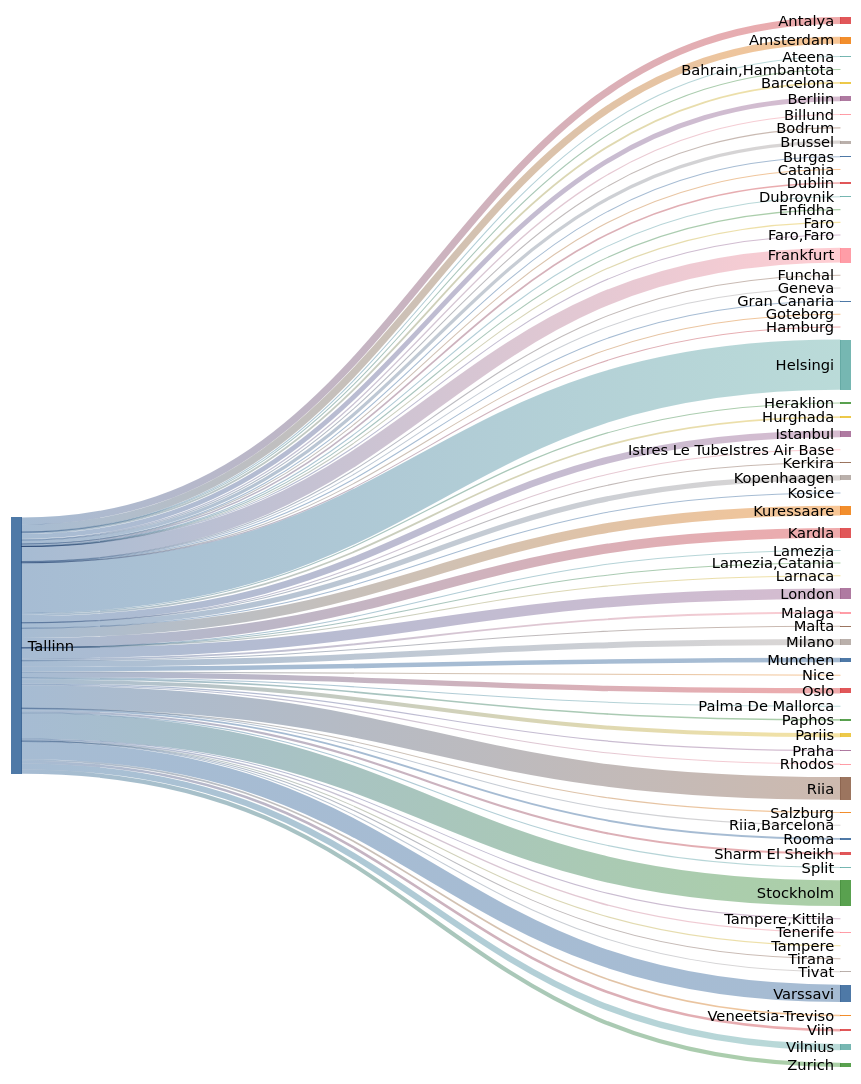
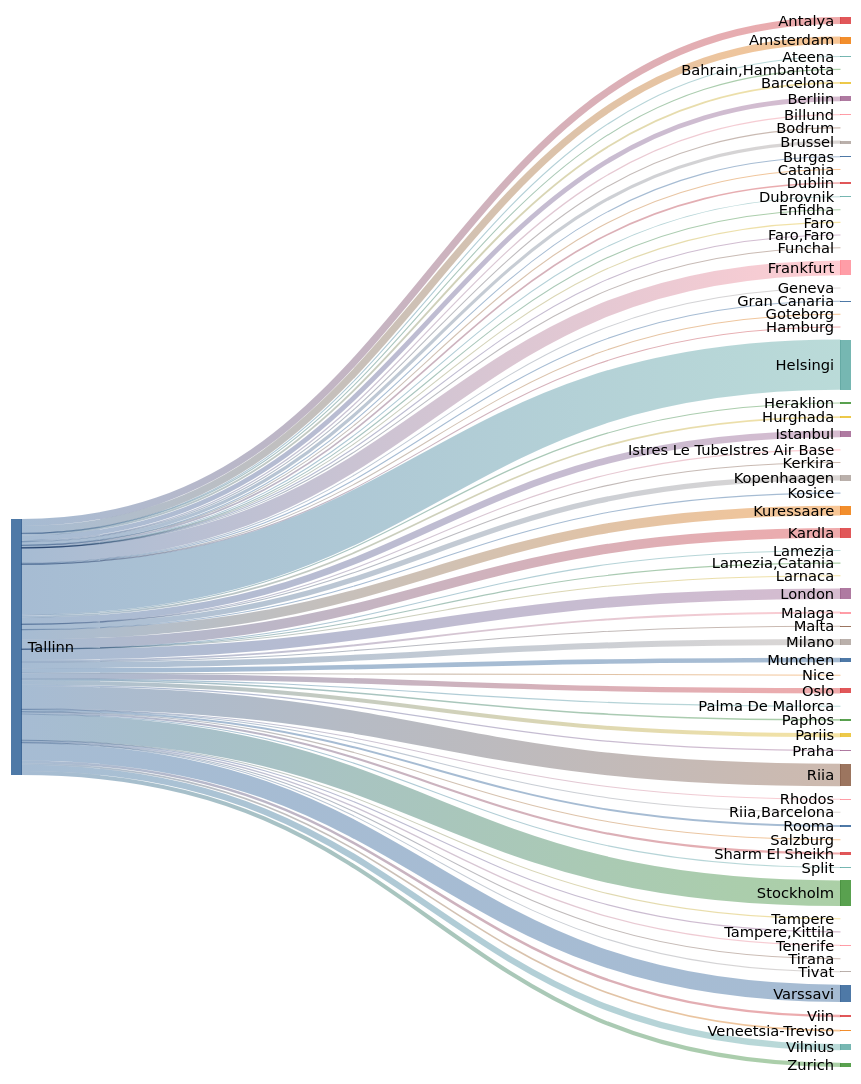
Before and after one commit to rainermesi/tll-airport-departures: the second of 2 diagrams in README.md, drawn with Mermaid (forest theme). The commit also changed other lines of this file, not shown here.

````diff
--- a/README.md
+++ b/README.md
@@ -34,77 +34,77 @@
 ```mermaid
 ---
 config:
   sankey:
     showValues: false
     width: 800
     height: 1000
 ---
 sankey-beta
 %% source,target,value
-Tallinn,Amsterdam,282
+Tallinn,Amsterdam,283
 Tallinn,Antalya,279
 Tallinn,Ateena,16
 Tallinn,"Bahrain,Hambantota",1
-Tallinn,Barcelona,73
-Tallinn,Berliin,190
+Tallinn,Barcelona,74
+Tallinn,Berliin,192
 Tallinn,Billund,49
 Tallinn,Bodrum,11
-Tallinn,Brussel,126
+Tallinn,Brussel,127
 Tallinn,Burgas,21
 Tallinn,Catania,2
 Tallinn,Dublin,65
 Tallinn,Dubrovnik,21
 Tallinn,Enfidha,7
 Tallinn,Faro,4
 Tallinn,"Faro,Faro",1
-Tallinn,Frankfurt,587
+Tallinn,Frankfurt,590
 Tallinn,Funchal,5
 Tallinn,Geneva,12
-Tallinn,Gran Canaria,35
+Tallinn,Gran Canaria,36
 Tallinn,Goteborg,1
 Tallinn,Hamburg,2
-Tallinn,Helsingi,1983
+Tallinn,Helsingi,1992
 Tallinn,Heraklion,46
 Tallinn,Hurghada,69
-Tallinn,Istanbul,265
+Tallinn,Istanbul,267
 Tallinn,Istres Le TubeIstres Air Base,2
 Tallinn,Kerkira,4
-Tallinn,Kopenhaagen,208
+Tallinn,Kopenhaagen,210
 Tallinn,Kosice,1
-Tallinn,Kuressaare,386
-Tallinn,Kardla,386
+Tallinn,Kuressaare,387
+Tallinn,Kardla,387
 Tallinn,Lamezia,1
 Tallinn,"Lamezia,Catania",3
 Tallinn,Larnaca,4
-Tallinn,London,416
+Tallinn,London,418
 Tallinn,Malaga,77
 Tallinn,Malta,15
-Tallinn,Milano,236
+Tallinn,Milano,237
 Tallinn,Munchen,180
 Tallinn,Nice,25
-Tallinn,Oslo,210
+Tallinn,Oslo,212
 Tallinn,Palma De Mallorca,19
 Tallinn,Paphos,63
-Tallinn,Pariis,157
+Tallinn,Pariis,158
 Tallinn,Praha,49
 Tallinn,Rhodos,32
-Tallinn,Riia,892
+Tallinn,Riia,896
 Tallinn,"Riia,Barcelona",1
-Tallinn,Rooma,77
+Tallinn,Rooma,78
 Tallinn,Salzburg,13
-Tallinn,Sharm El Sheikh,83
+Tallinn,Sharm El Sheikh,84
 Tallinn,Split,25
-Tallinn,Stockholm,1010
+Tallinn,Stockholm,1015
 Tallinn,Tampere,17
 Tallinn,"Tampere,Kittila",19
 Tallinn,Tenerife,54
 Tallinn,Tirana,8
 Tallinn,Tivat,26
-Tallinn,Varssavi,685
-Tallinn,Veneetsia-Treviso,64
+Tallinn,Varssavi,688
+Tallinn,Veneetsia-Treviso,65
 Tallinn,Viin,102
-Tallinn,Vilnius,243
-Tallinn,Zurich,163
+Tallinn,Vilnius,244
+Tallinn,Zurich,164
 
 
 ```
````
